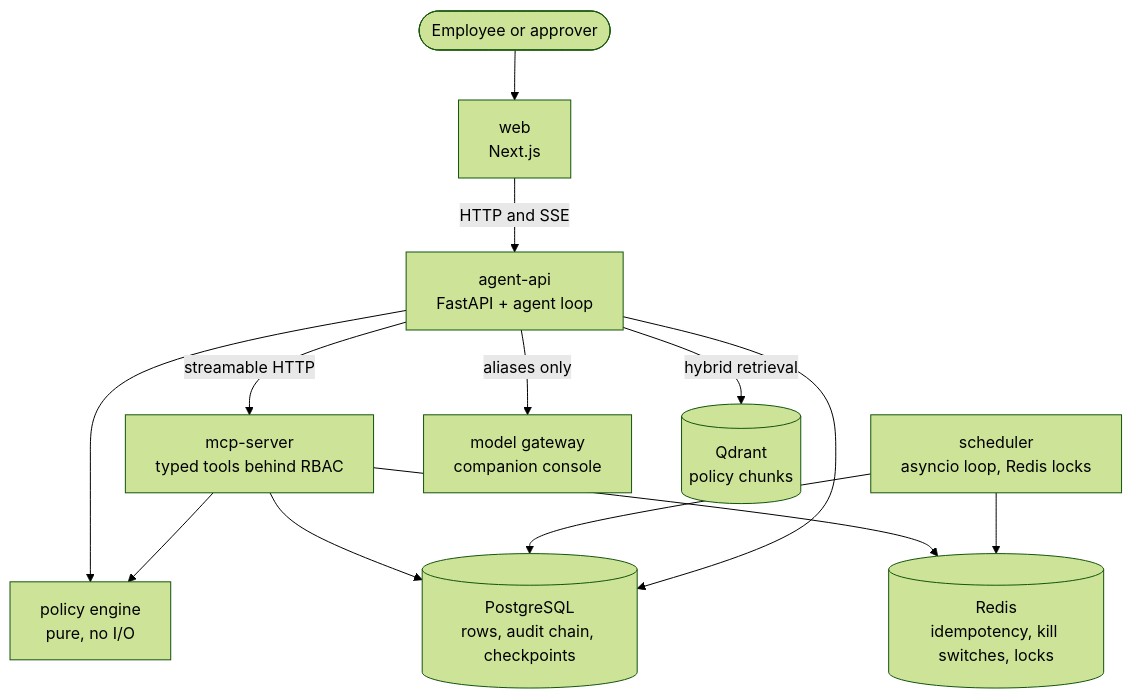
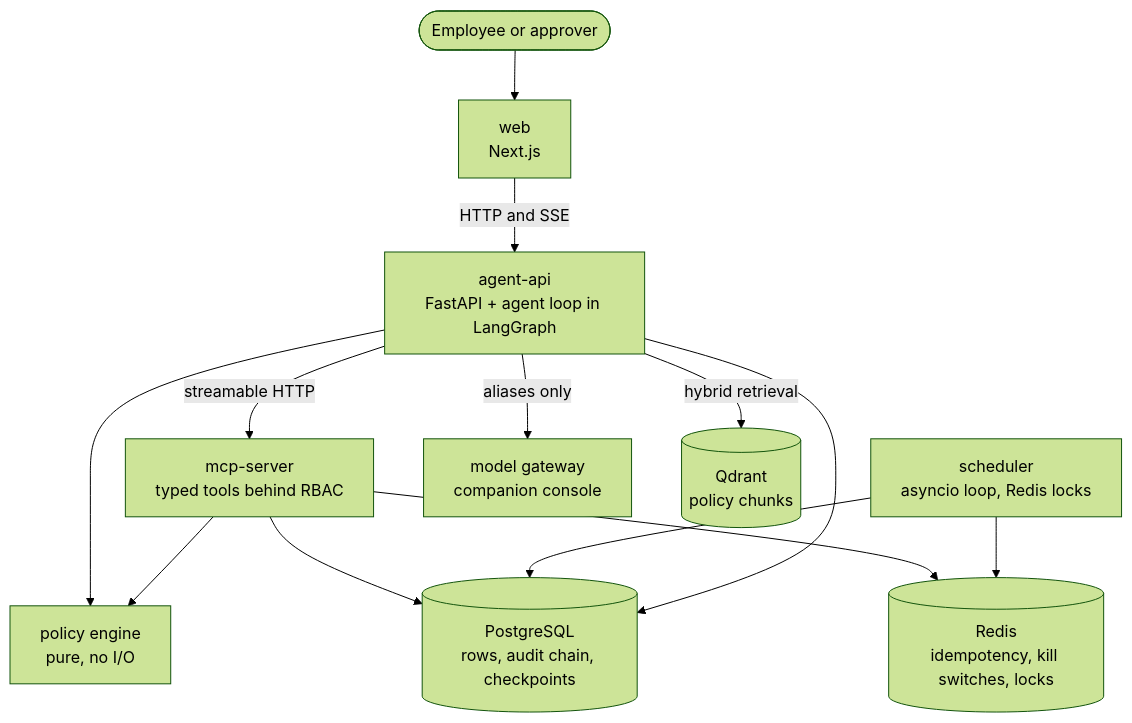
The diagram in README.md (masudur-rahman-musa/helpdesk-agentic-flow), drawn with Mermaid (forest theme) before and after one commit. The commit also changed other lines of this file and 18 other files, not shown here.

Commit message:
Run the agent loop as a LangGraph graph

````diff
--- a/README.md
+++ b/README.md
@@ -39,26 +39,26 @@
 ```mermaid
 flowchart TB
     user([Employee or approver])
     web["web<br/>Next.js"]
-    api["agent-api<br/>FastAPI + agent loop"]
+    api["agent-api<br/>FastAPI + agent loop in LangGraph"]
     mcp["mcp-server<br/>typed tools behind RBAC"]
     sched["scheduler<br/>asyncio loop, Redis locks"]
     policy["policy engine<br/>pure, no I/O"]
     gw["model gateway<br/>companion console"]
     pg[("PostgreSQL<br/>rows, audit chain, checkpoints")]
     redis[("Redis<br/>idempotency, kill switches, locks")]
     qdrant[("Qdrant<br/>policy chunks")]
 
     user --> web
     web -- "HTTP and SSE" --> api
     api -- "aliases only" --> gw
     api -- "hybrid retrieval" --> qdrant
     api --> policy
     api -- "streamable HTTP" --> mcp
     mcp --> policy
     mcp --> pg
     mcp --> redis
     sched --> pg
     sched --> redis
     api --> pg
 ```
````
